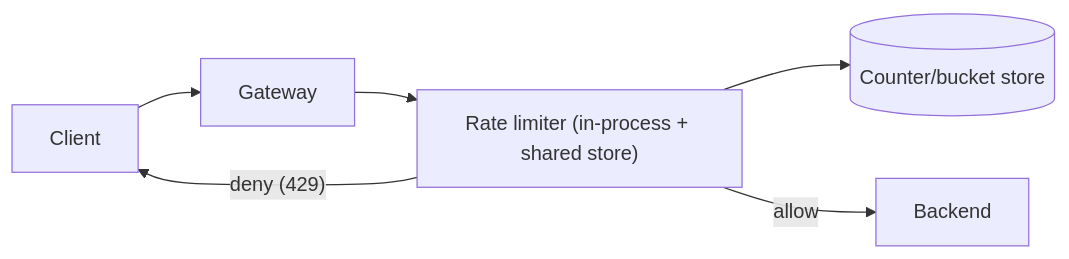
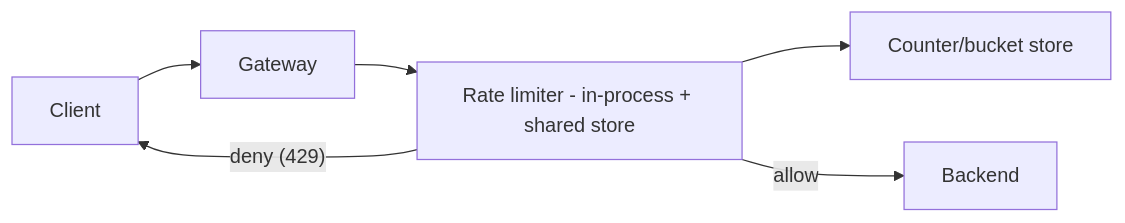
The first of 4 diagrams in case-studies/beginner/rate-limiter.md (RIT-MESH/system-design-mastery), drawn with Mermaid before and after one commit. The commit also changed 139 other files, not shown here.

First line of the commit message:
Fix Mermaid parse errors: replace parentheses in node labels across 140 files

````diff
--- a/case-studies/beginner/rate-limiter.md
+++ b/case-studies/beginner/rate-limiter.md
@@ -47,9 +47,9 @@
 ```mermaid
 %% created-for: system-design-mastery
 flowchart LR
   Client --> GW["Gateway"]
-  GW --> RL["Rate limiter (in-process + shared store)"]
-  RL --> Store[("Counter/bucket store")]
+  GW --> RL["Rate limiter - in-process + shared store"]
+  RL --> Store["Counter/bucket store"]
   RL -->|"allow"| Svc["Backend"]
   RL -->|"deny (429)"| Client
 ```
````
